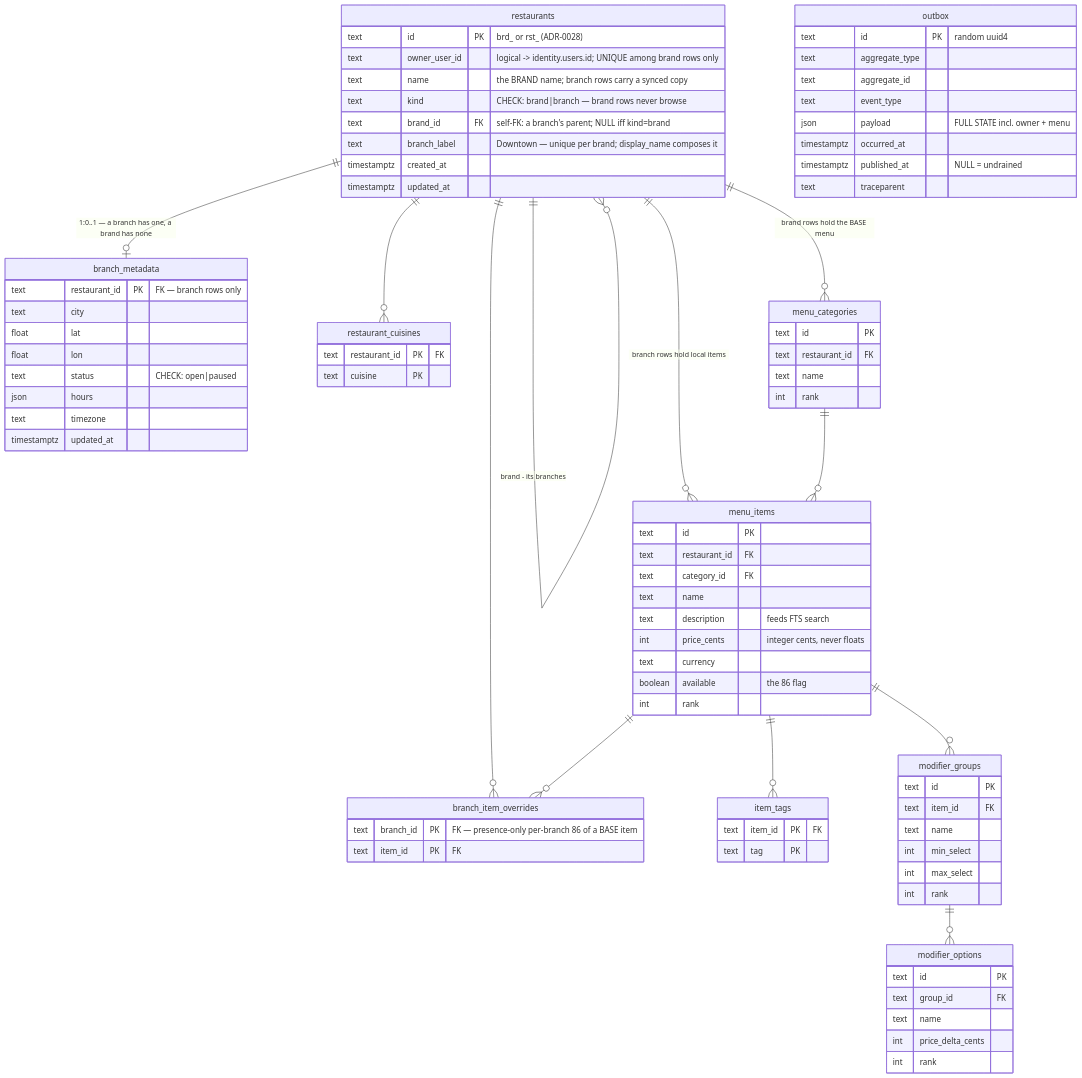
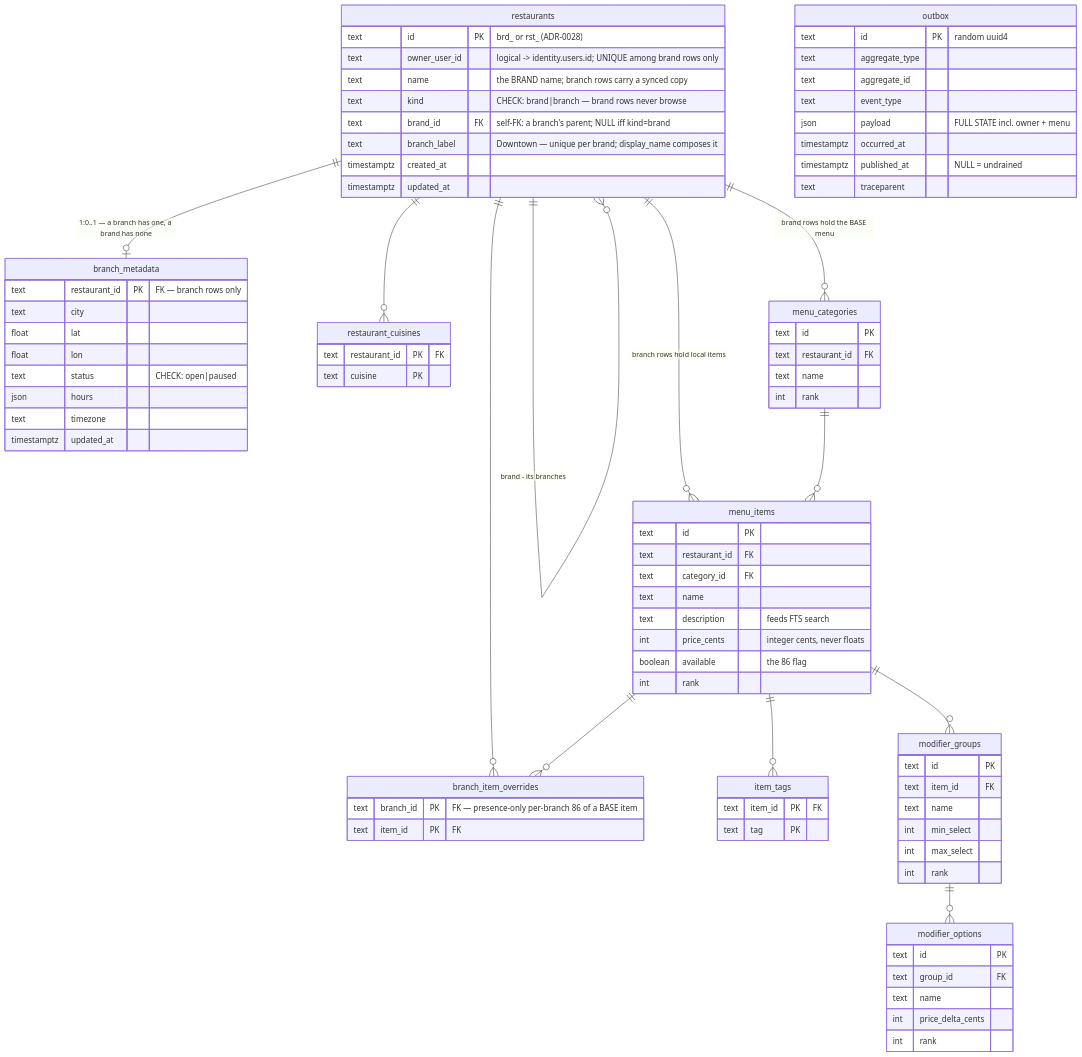
One commit to Aizazahmed-7/SmartFoodOps changed the second of 7 diagrams in docs/erd.md. Above: the diagram before and after it, drawn with Mermaid. The commit also changed other lines of this file, not shown here.

Commit message:
remove currency

```diff
--- a/docs/erd.md
+++ b/docs/erd.md
@@ -113,7 +113,6 @@
         text name
         text description "feeds FTS search"
         int price_cents "integer cents, never floats"
-        text currency
         boolean available "the 86 flag"
         int rank
     }
```
